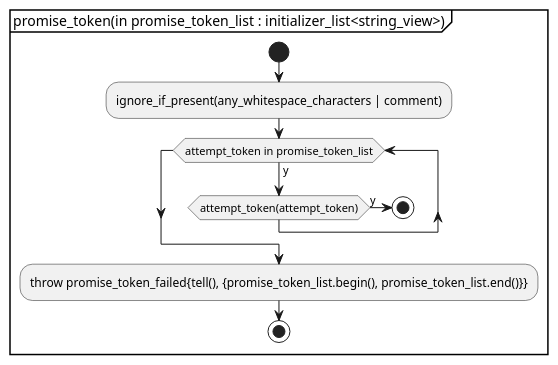
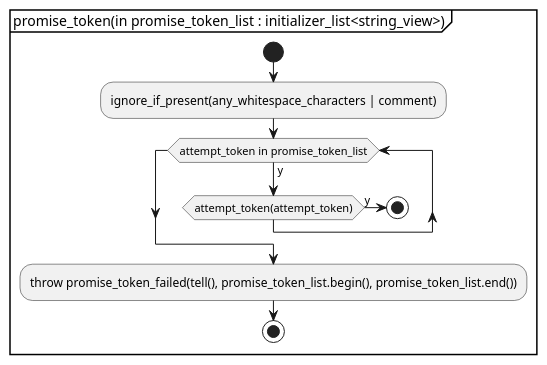
Before and after one commit to KodaiYM/PDFReader: the fourth of 5 diagrams in document/document_reader/ipdfstream/object_stream/tokenizer/tokenizer.activity.pu, drawn with PlantUML. The commit also changed 74 other files, not shown here.

```diff
--- a/document/document_reader/ipdfstream/object_stream/tokenizer/tokenizer.activity.pu
+++ b/document/document_reader/ipdfstream/object_stream/tokenizer/tokenizer.activity.pu
@@ -47,15 +47,15 @@
 @startuml promise_token
 partition "promise_token(in promise_token_list : initializer_list<string_view>)" {
 start
 	:ignore_if_present(any_whitespace_characters | comment);
 
 	while (attempt_token in promise_token_list) is (y)
 		if (attempt_token(attempt_token)) then (y)
 			stop
 		endif
 	endwhile
 
-	:throw promise_token_failed{tell(), {promise_token_list.begin(), promise_token_list.end()}};
+	:throw promise_token_failed(tell(), promise_token_list.begin(), promise_token_list.end());
 stop
 }
 @enduml
```
